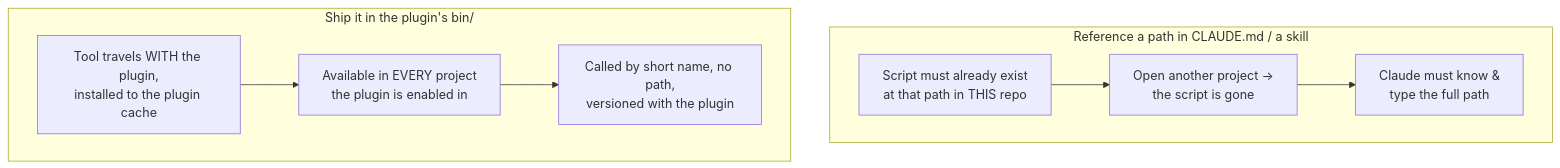
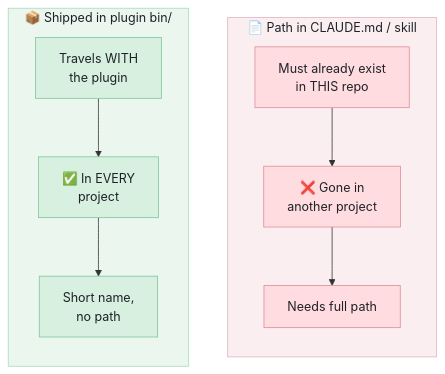
The fourth of 4 diagrams in plugins/starter-spell/README.md (klesajos/grimoire), drawn with Mermaid before and after one commit. The commit also changed other lines of this file and 2 other files, not shown here.

First line of the commit message:
Restyle README diagrams with pastel palette + shorter labels

````diff
--- a/plugins/starter-spell/README.md
+++ b/plugins/starter-spell/README.md
@@ -364,11 +387,20 @@
 ```mermaid
 flowchart TB
-    subgraph REF["Reference a path in CLAUDE.md / a skill"]
-      R1[Script must already exist<br/>at that path in THIS repo] --> R2[Open another project →<br/>the script is gone]
-      R2 --> R3[Claude must know &amp;<br/>type the full path]
+    subgraph REF["📄 Path in CLAUDE.md / skill"]
+      direction TB
+      R1["Must already exist<br/>in THIS repo"] --> R2["❌ Gone in<br/>another project"]
+      R2 --> R3["Needs full path"]
     end
-    subgraph BIN["Ship it in the plugin's bin/"]
-      B1[Tool travels WITH the plugin,<br/>installed to the plugin cache] --> B2[Available in EVERY project<br/>the plugin is enabled in]
-      B2 --> B3[Called by short name, no path,<br/>versioned with the plugin]
+    subgraph BIN["📦 Shipped in plugin bin/"]
+      direction TB
+      B1["Travels WITH<br/>the plugin"] --> B2["✅ In EVERY<br/>project"]
+      B2 --> B3["Short name,<br/>no path"]
     end
+
+    classDef bad fill:#ffdce0,stroke:#e08a98,stroke-width:1px,color:#1f2328
+    classDef good fill:#d7f0e0,stroke:#7cc59b,stroke-width:1px,color:#1f2328
+    class R1,R2,R3 bad
+    class B1,B2,B3 good
+    style REF fill:#fbeef0,stroke:#e0b3bd,color:#1f2328
+    style BIN fill:#eaf6ee,stroke:#a9d9bd,color:#1f2328
 ```
````
